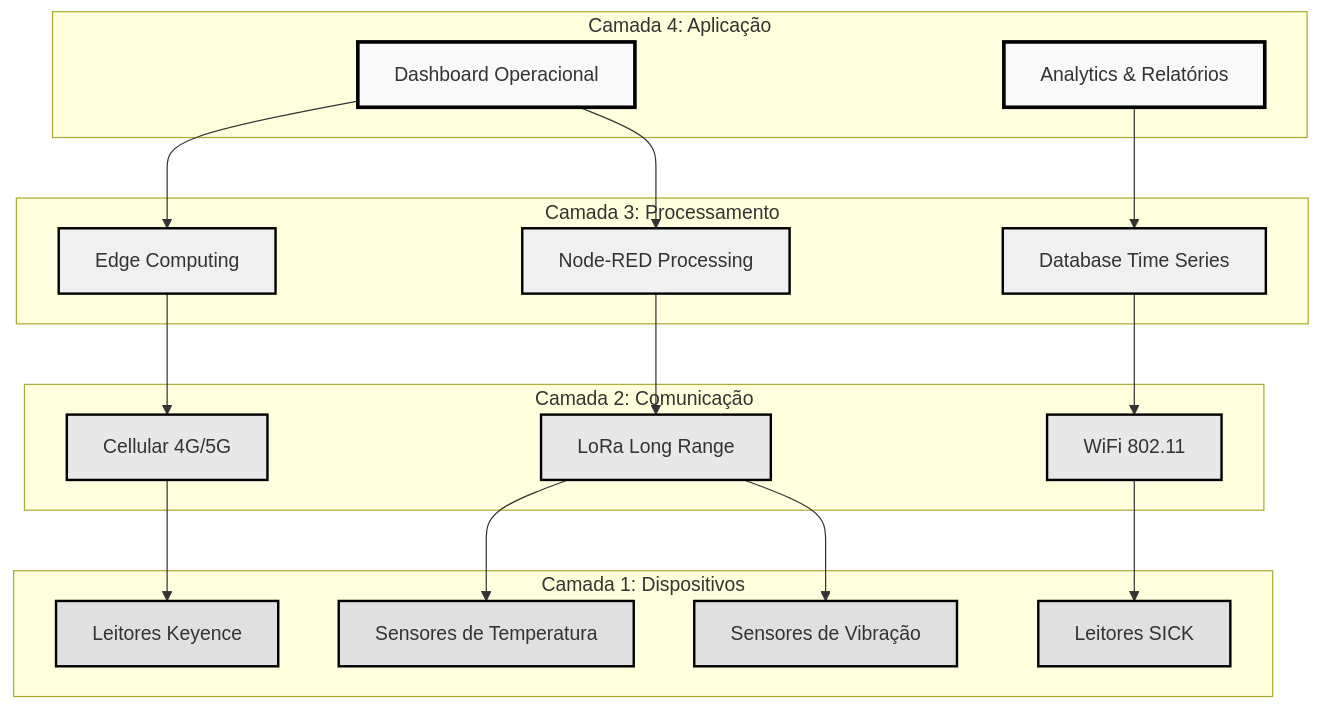
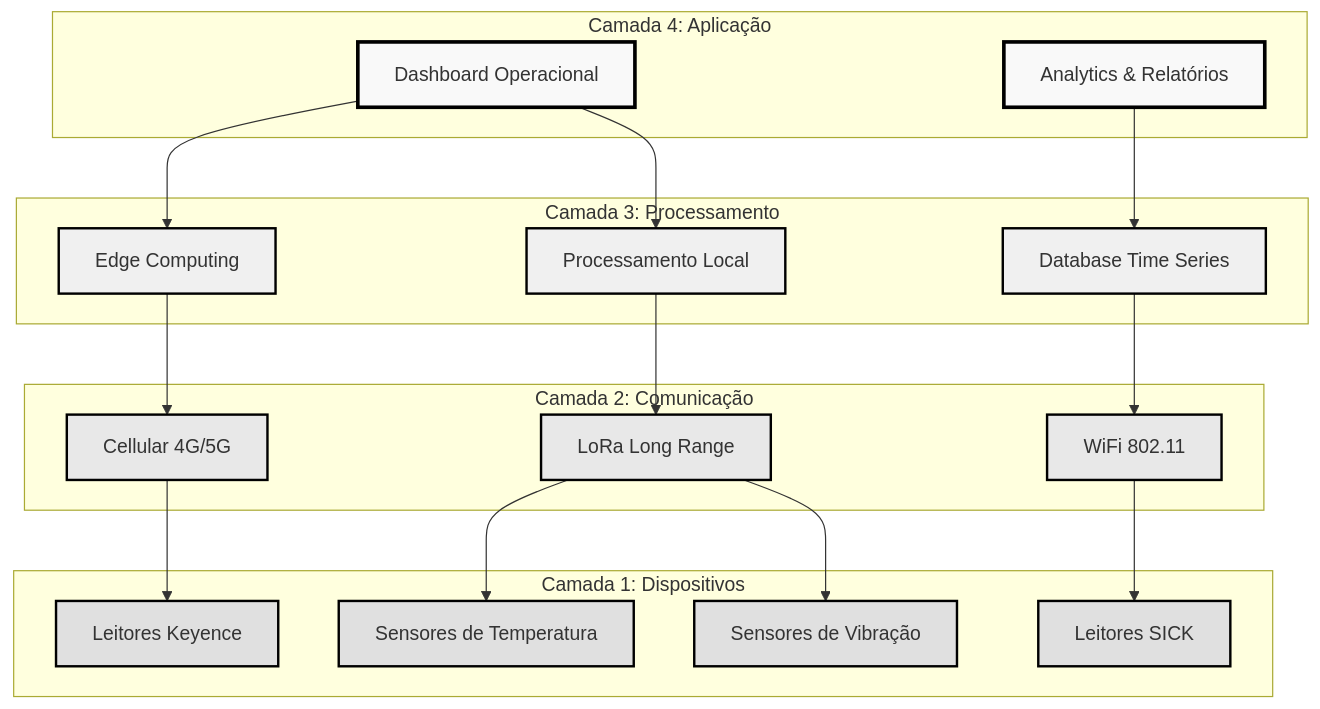
One commit to afonsolelis/20254_inteli_ad04 changed the second of 5 diagrams in README.md. Above: the diagram before and after it, drawn with Mermaid. The commit also changed other lines of this file, not shown here.

First line of the commit message:
fix: Remove all Node-RED references from documentation

````diff
--- a/README.md
+++ b/README.md
@@ -174,49 +174,49 @@
 ```mermaid
 graph TB
     subgraph "Camada 4: Aplicação"
         A1[Dashboard Operacional]
         A2[Analytics & Relatórios]
     end
     
     subgraph "Camada 3: Processamento"
         P1[Edge Computing]
         P2[Database Time Series]
-        P3[Node-RED Processing]
+        P3[Processamento Local]
     end
     
     subgraph "Camada 2: Comunicação"
         C1[Cellular 4G/5G]
         C2[WiFi 802.11]
         C3[LoRa Long Range]
     end
     
     subgraph "Camada 1: Dispositivos"
         D1[Leitores Keyence]
         D2[Leitores SICK]
         D3[Sensores de Temperatura]
         D4[Sensores de Vibração]
     end
     
     A1 --> P1
     A2 --> P2
     A1 --> P3
     
     P1 --> C1
     P2 --> C2
     P3 --> C3
     
     C1 --> D1
     C2 --> D2
     C3 --> D3
     C3 --> D4
     
     classDef layer4 fill:#f9f9f9,stroke:#000,stroke-width:3px
     classDef layer3 fill:#f0f0f0,stroke:#000,stroke-width:2px
     classDef layer2 fill:#e8e8e8,stroke:#000,stroke-width:2px
     classDef layer1 fill:#e0e0e0,stroke:#000,stroke-width:2px
     
     class A1,A2 layer4
     class P1,P2,P3 layer3
     class C1,C2,C3 layer2
     class D1,D2,D3,D4 layer1
 ```
````
